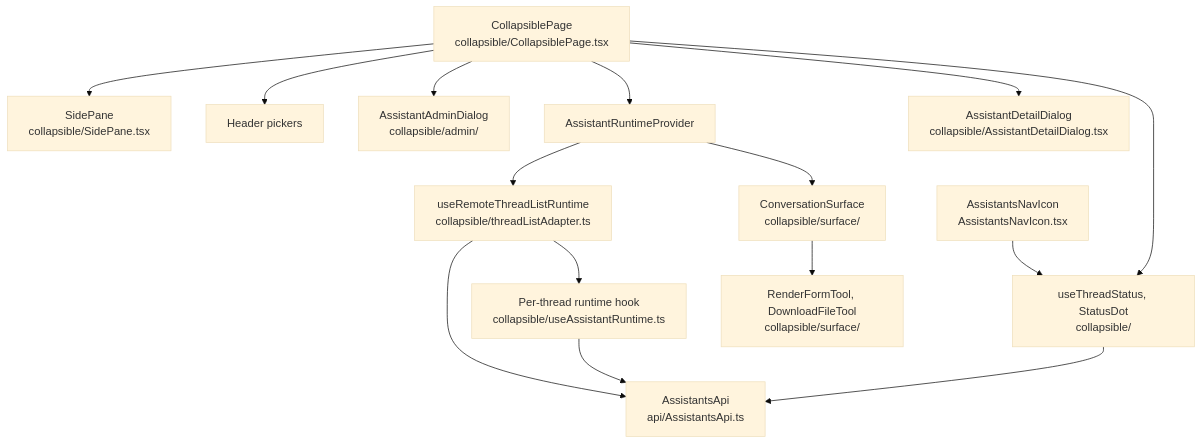
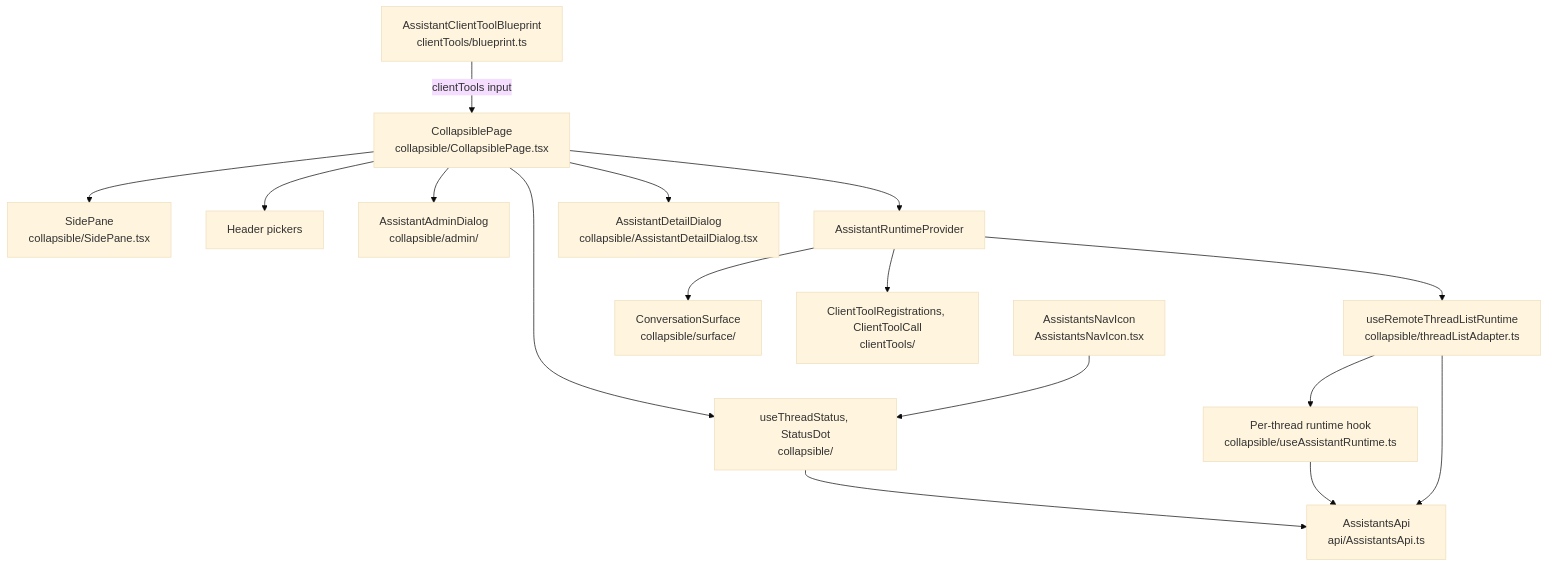
Before and after one commit to drewswiredin/backstage-assistants: the sixth of 7 diagrams in docs/architecture.md, drawn with Mermaid (base theme). The commit also changed other lines of this file and 51 other files, not shown here.

First line of the commit message:
feat: client tools run in the browser as the user

````diff
--- a/docs/architecture.md
+++ b/docs/architecture.md
@@ -314,30 +347,32 @@
 ```mermaid
 flowchart TB
   CP["CollapsiblePage\ncollapsible/CollapsiblePage.tsx"]
   SP["SidePane\ncollapsible/SidePane.tsx"]
   HP["Header pickers"]
   AD["AssistantAdminDialog\ncollapsible/admin/"]
   RP["AssistantRuntimeProvider"]
   RL["useRemoteThreadListRuntime\ncollapsible/threadListAdapter.ts"]
   RH["Per-thread runtime hook\ncollapsible/useAssistantRuntime.ts"]
   CS["ConversationSurface\ncollapsible/surface/"]
   API["AssistantsApi\napi/AssistantsApi.ts"]
   DD["AssistantDetailDialog\ncollapsible/AssistantDetailDialog.tsx"]
   TS["useThreadStatus, StatusDot\ncollapsible/"]
-  CT["RenderFormTool, DownloadFileTool\ncollapsible/surface/"]
+  CT["ClientToolRegistrations, ClientToolCall\nclientTools/"]
+  BP["AssistantClientToolBlueprint\nclientTools/blueprint.ts"]
   NI["AssistantsNavIcon\nAssistantsNavIcon.tsx"]
   CP --> SP
   CP --> DD
   CP --> TS
   NI --> TS
-  CS --> CT
+  RP --> CT
+  BP -->|"clientTools input"| CP
   TS --> API
   CP --> HP
   CP --> AD
   CP --> RP
   RP --> RL
   RL --> RH
   RP --> CS
   RH --> API
   RL --> API
 ```
````
